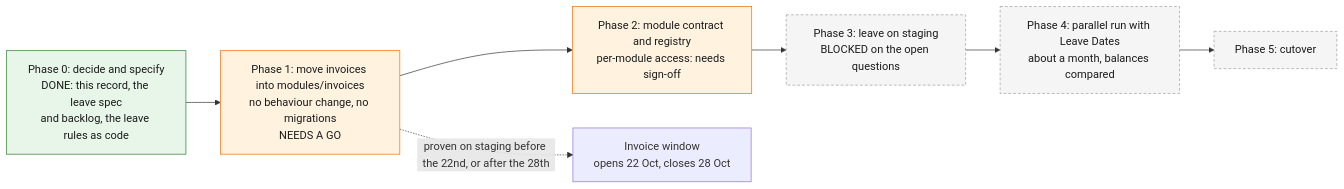
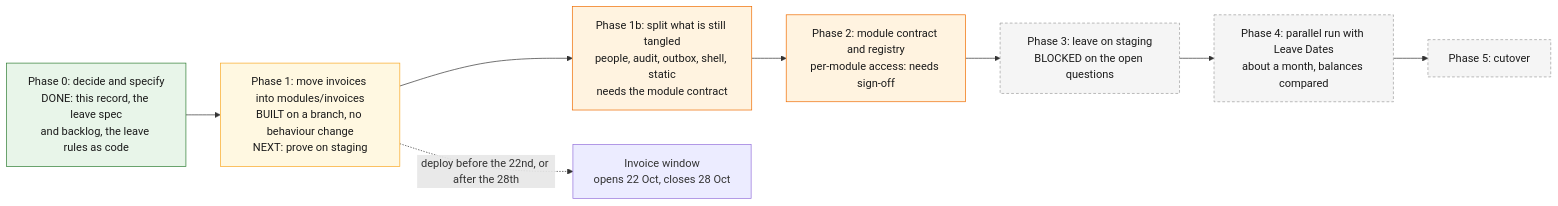
One commit to Lucasamorales/contractor-invoice-portal changed the second of 2 diagrams in docs/decisions/0001-modular-hub.md. Above: the diagram before and after it, drawn with Mermaid. The commit also changed other lines of this file and 6 other files, not shown here.

First line of the commit message:
docs: the documentation as the hub stands after Phase 1

````diff
--- a/docs/decisions/0001-modular-hub.md
+++ b/docs/decisions/0001-modular-hub.md
@@ -102,20 +109,23 @@
 ```mermaid
 flowchart LR
     p0["Phase 0: decide and specify<br/>DONE: this record, the leave spec<br/>and backlog, the leave rules as code"]
-    p1["Phase 1: move invoices into modules/invoices<br/>no behaviour change, no migrations<br/>NEEDS A GO"]
+    p1["Phase 1: move invoices into modules/invoices<br/>BUILT on a branch, no behaviour change<br/>NEXT: prove on staging"]
+    p1b["Phase 1b: split what is still tangled<br/>people, audit, outbox, shell, static<br/>needs the module contract"]
     p2["Phase 2: module contract and registry<br/>per-module access: needs sign-off"]
     p3["Phase 3: leave on staging<br/>BLOCKED on the open questions"]
     p4["Phase 4: parallel run with Leave Dates<br/>about a month, balances compared"]
     p5["Phase 5: cutover"]
     win["Invoice window<br/>opens 22 Oct, closes 28 Oct"]
 
-    p0 --> p1 --> p2 --> p3 --> p4 --> p5
-    p1 -.->|"proven on staging before the 22nd, or after the 28th"| win
+    p0 --> p1 --> p1b --> p2 --> p3 --> p4 --> p5
+    p1 -.->|"deploy before the 22nd, or after the 28th"| win
 
     classDef done fill:#e8f5e9,stroke:#2e7d32,color:#1b1b1b
+    classDef branch fill:#fff8e1,stroke:#f9a825,color:#1b1b1b
     classDef needs fill:#fff3e0,stroke:#ef6c00,color:#1b1b1b
     classDef blocked fill:#f5f5f5,stroke:#9e9e9e,stroke-dasharray: 4 3,color:#1b1b1b
     class p0 done
-    class p1,p2 needs
+    class p1 branch
+    class p1b,p2 needs
     class p3,p4,p5 blocked
 ```
````
